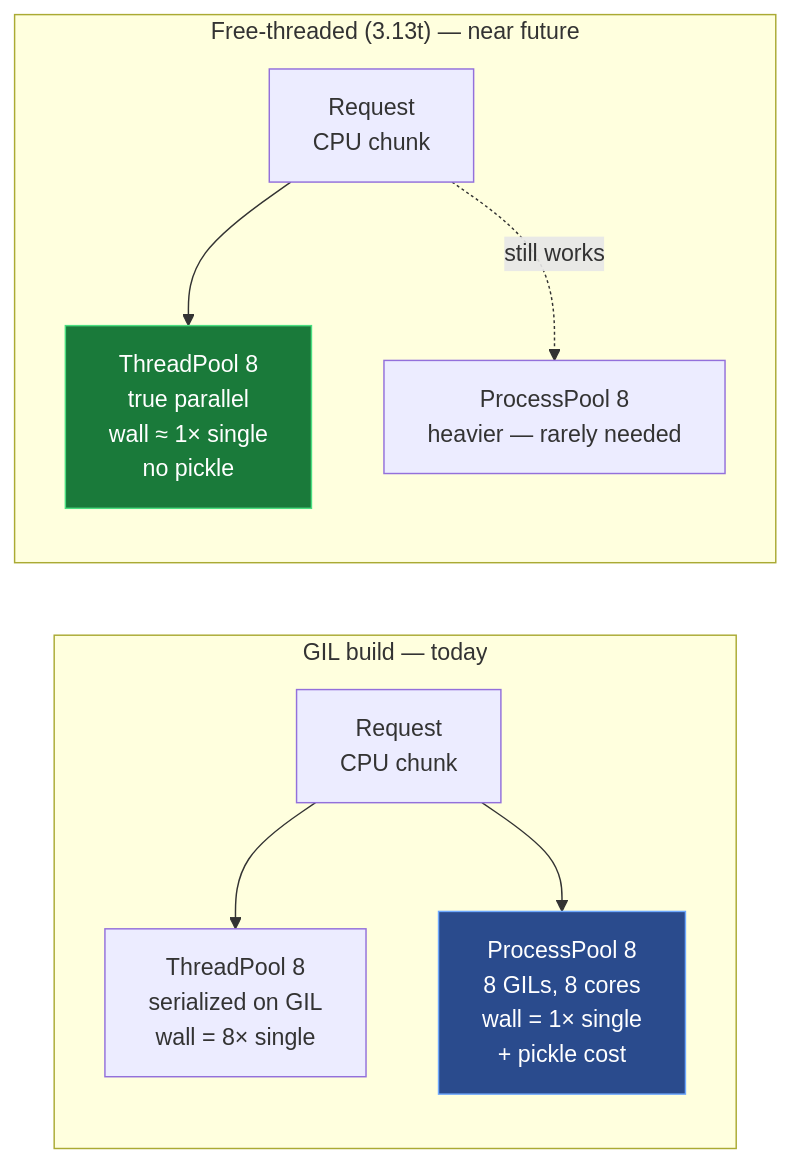
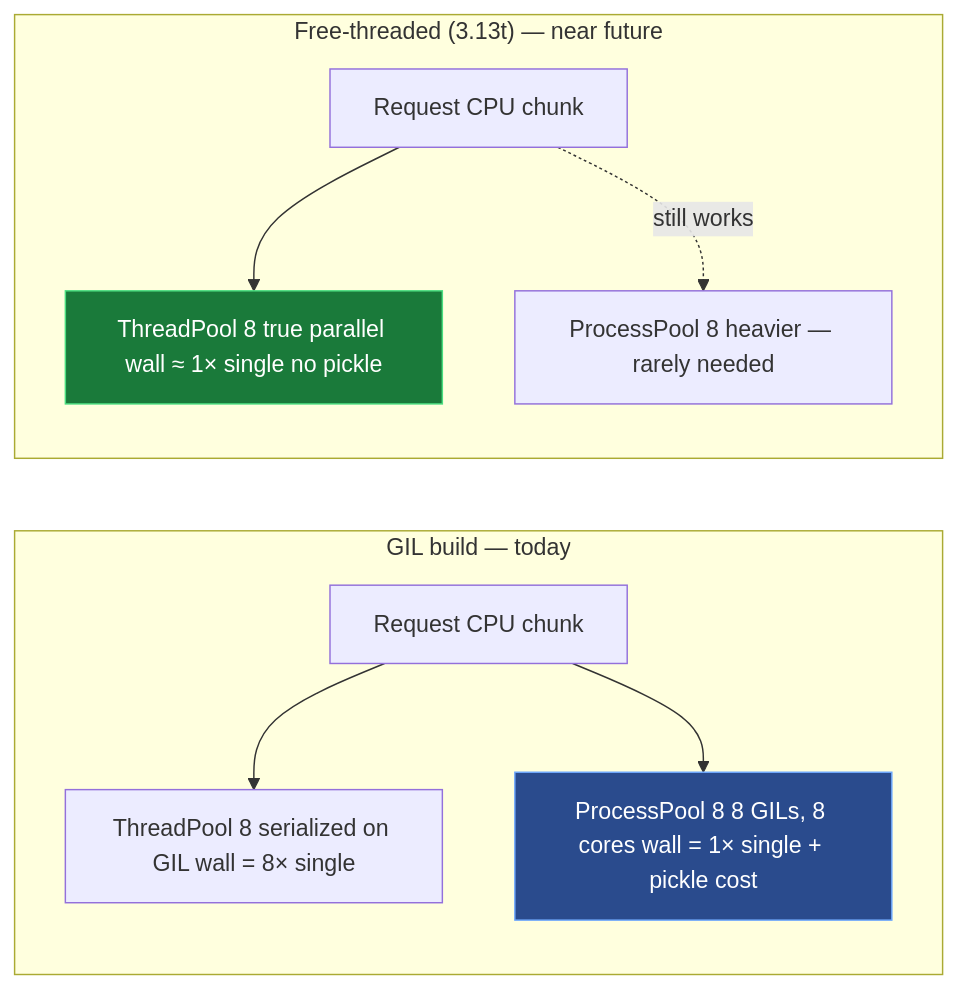
Before and after one commit to bumbsclaw/textbooks: the seventh of 8 diagrams in vol-16-python-cpython-internals/ch05-gil.md, drawn with Mermaid. The commit also changed other lines of this file and 9 other files, not shown here.

First line of the commit message:
fix(pdf, mermaid): syntax-highlighted code blocks + diagram label fixes

````diff
--- a/vol-16-python-cpython-internals/ch05-gil.md
+++ b/vol-16-python-cpython-internals/ch05-gil.md
@@ -1107,14 +1096,14 @@
 ```mermaid
 flowchart LR
     subgraph GIL_BUILD["GIL build — today"]
-        G1["Request<br/>CPU chunk"] --> G2["ThreadPool 8<br/>serialized on GIL<br/>wall = 8× single"]
-        G1 --> G3["ProcessPool 8<br/>8 GILs, 8 cores<br/>wall = 1× single<br/>+ pickle cost"]
+        G1["Request CPU chunk"] --> G2["ThreadPool 8 serialized on GIL wall = 8× single"]
+        G1 --> G3["ProcessPool 8 8 GILs, 8 cores wall = 1× single + pickle cost"]
     end
     subgraph FREE["Free-threaded (3.13t) — near future"]
-        F1["Request<br/>CPU chunk"] --> F2["ThreadPool 8<br/>true parallel<br/>wall ≈ 1× single<br/>no pickle"]
-        F1 -.->|still works| F3["ProcessPool 8<br/>heavier — rarely needed"]
+        F1["Request CPU chunk"] --> F2["ThreadPool 8 true parallel wall ≈ 1× single no pickle"]
+        F1 -.->|still works| F3["ProcessPool 8 heavier — rarely needed"]
     end
 
     style G3 fill:#2a4b8d,stroke:#6ea8fe,color:#fff
     style F2 fill:#1a7a3a,stroke:#4ade80,color:#fff
 ```
````
